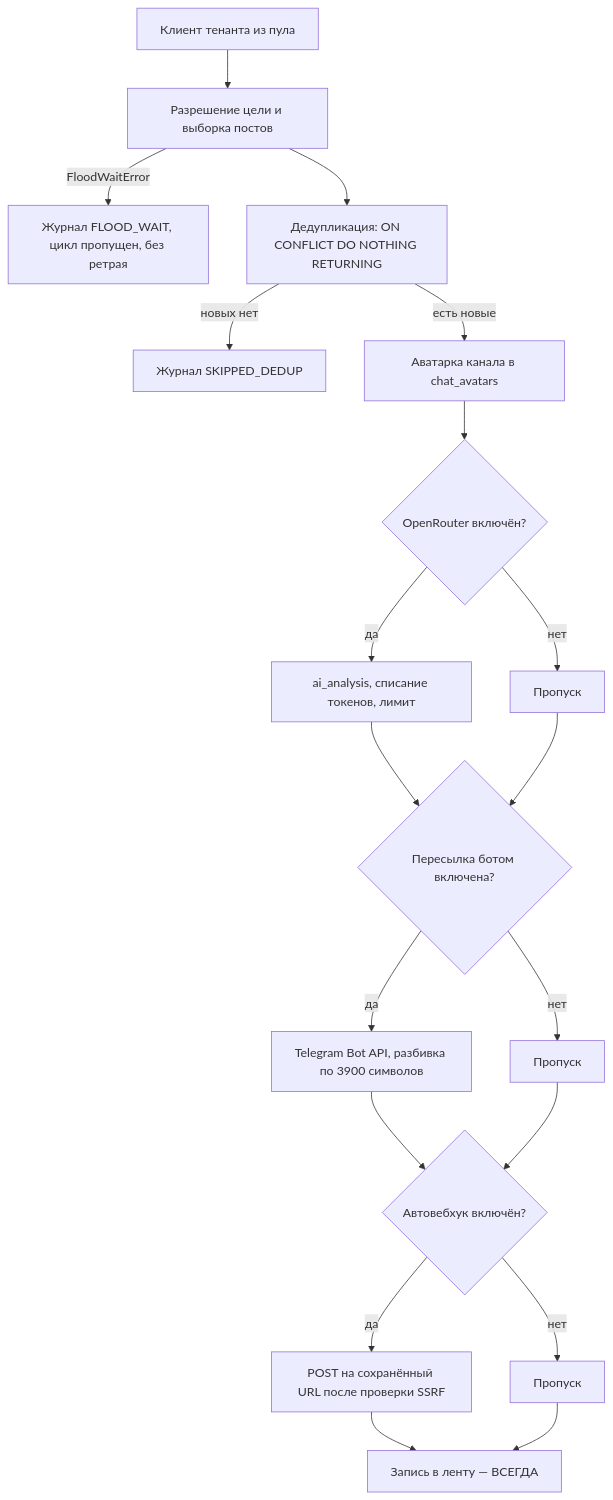
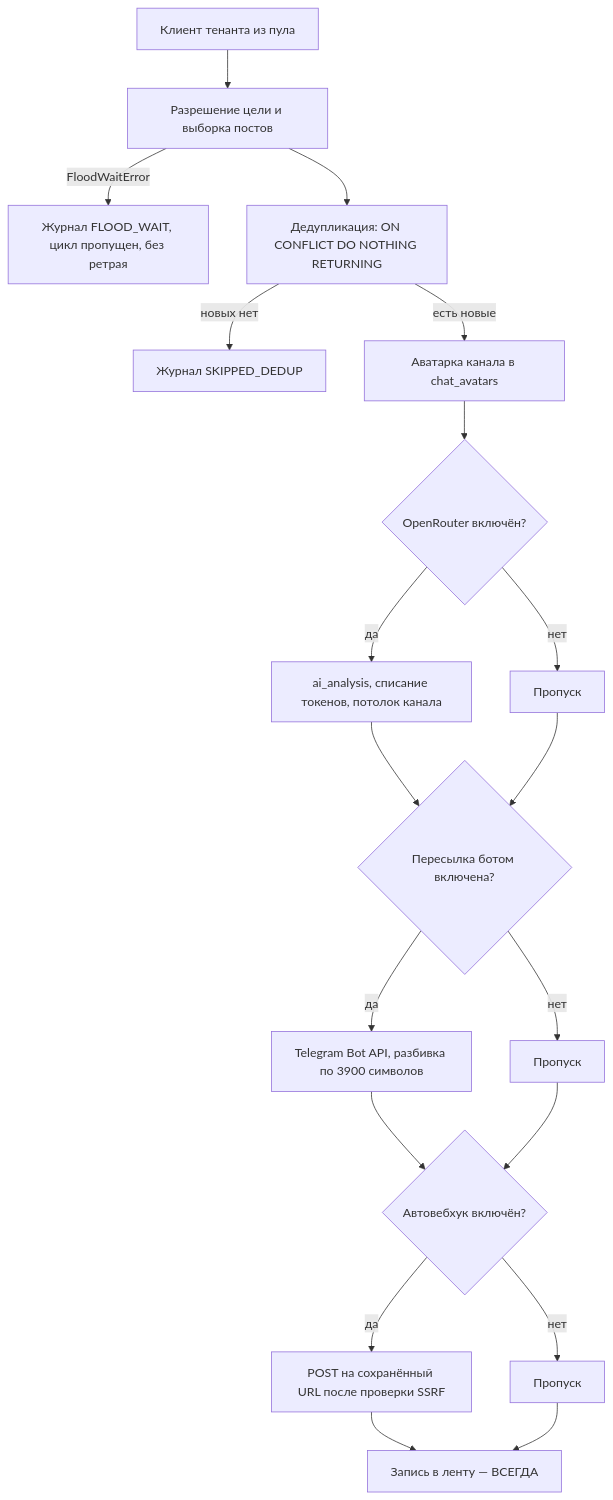
One commit to Asmadey/telegram-monitor-n8n-bridge changed the second of 2 diagrams in PROJECT_OVERVIEW.md. Above: the diagram before and after it, drawn with Mermaid. The commit also changed other lines of this file and 12 other files, not shown here.

First line of the commit message:
fix(13.19): общий месячный потолок токенов снят

````diff
--- a/PROJECT_OVERVIEW.md
+++ b/PROJECT_OVERVIEW.md
@@ -138,21 +138,21 @@
 ```mermaid
 flowchart TD
     A[Клиент тенанта из пула] --> B[Разрешение цели и выборка постов]
     B -->|FloodWaitError| FW[Журнал FLOOD_WAIT, цикл пропущен, без ретрая]
     B --> D[Дедупликация: ON CONFLICT DO NOTHING RETURNING]
     D -->|новых нет| E[Журнал SKIPPED_DEDUP]
     D -->|есть новые| F[Аватарка канала в chat_avatars]
     F --> G{OpenRouter включён?}
-    G -->|да| H[ai_analysis, списание токенов, лимит]
+    G -->|да| H[ai_analysis, списание токенов, потолок канала]
     G -->|нет| I[Пропуск]
     H --> K{Пересылка ботом включена?}
     I --> K
     K -->|да| L[Telegram Bot API, разбивка по 3900 символов]
     K -->|нет| M[Пропуск]
     L --> N{Автовебхук включён?}
     M --> N
     N -->|да| O[POST на сохранённый URL после проверки SSRF]
     N -->|нет| P2[Пропуск]
     O --> Z[Запись в ленту — ВСЕГДА]
     P2 --> Z
 ```
````
